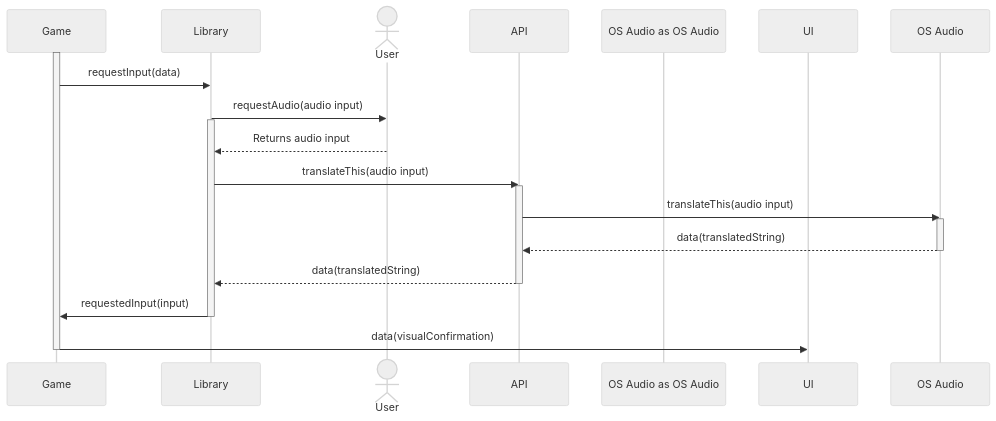
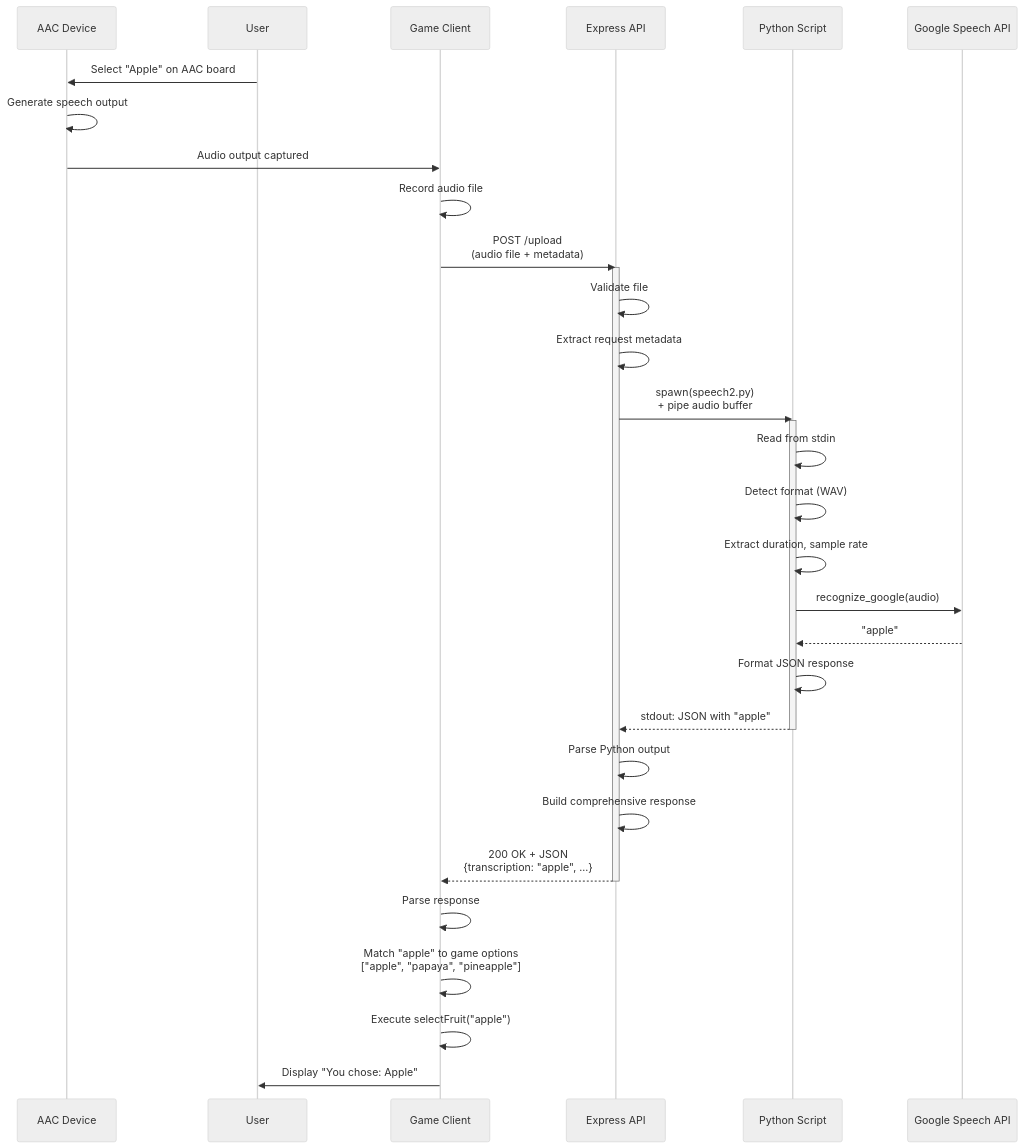
Before and after one commit to Capstone-Projects-2025-Fall/project-002-aac-api: the third of 7 diagrams in documentation/docs/system-architecture/design.md, drawn with Mermaid (neutral theme). The commit also changed other lines of this file, not shown here.

First line of the commit message:
Revise system architecture design document

````diff
--- a/documentation/docs/system-architecture/design.md
+++ b/documentation/docs/system-architecture/design.md
@@ -34,28 +281,41 @@
 ```mermaid
 sequenceDiagram
-  participant Game as Game;
-  participant Library as Library;
-  Actor User as User;
-  participant API as API;
-  participant OS Audio as OS Audio;
-  participant UI as UI;
-
-  activate Game;
-  Game ->> Library: requestInput(data);
-  Library ->> User: requestAudio(audio input);
-  activate Library;
-  User -->> Library: Returns audio input;
-  Library ->> API: translateThis(audio input);
-  
-  activate API;
-  API ->> OS Audio: translateThis(audio input);
-  activate OS Audio;
-  OS Audio -->> API: data(translatedString);
-  deactivate OS Audio;
-  API -->> Library: data(translatedString);
-  deactivate API;
-  Library ->> Game: requestedInput(input);
-  deactivate Library;
-  Game ->> UI: data(visualConfirmation);
-  deactivate Game;
+    participant AAC as AAC Device
+    participant User as User
+    participant Game as Game Client
+    participant API as Express API
+    participant Python as Python Script
+    participant Speech as Google Speech API
+    
+    User->>AAC: Select "Apple" on AAC board
+    AAC->>AAC: Generate speech output
+    AAC->>Game: Audio output captured
+    
+    Game->>Game: Record audio file
+    Game->>API: POST /upload<br/>(audio file + metadata)
+    
+    activate API
+    API->>API: Validate file
+    API->>API: Extract request metadata
+    API->>Python: spawn(speech2.py)<br/>+ pipe audio buffer
+    
+    activate Python
+    Python->>Python: Read from stdin
+    Python->>Python: Detect format (WAV)
+    Python->>Python: Extract duration, sample rate
+    Python->>Speech: recognize_google(audio)
+    Speech-->>Python: "apple"
+    Python->>Python: Format JSON response
+    Python-->>API: stdout: JSON with "apple"
+    deactivate Python
+    
+    API->>API: Parse Python output
+    API->>API: Build comprehensive response
+    API-->>Game: 200 OK + JSON<br/>{transcription: "apple", ...}
+    deactivate API
+    
+    Game->>Game: Parse response
+    Game->>Game: Match "apple" to game options<br/>["apple", "papaya", "pineapple"]
+    Game->>Game: Execute selectFruit("apple")
+    Game->>User: Display "You chose: Apple"
 ```
````
